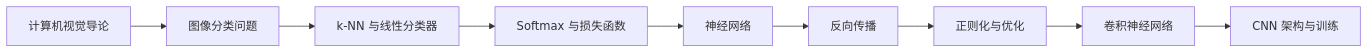
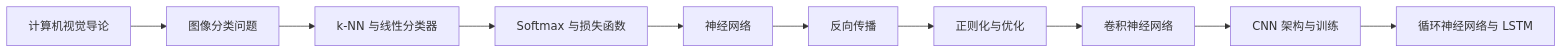
Before and after one commit to schnitzlermandy85-beep/cs231n-notes: the diagram in README.md, drawn with Mermaid. The commit also changed other lines of this file and 1 other file, not shown here.

````diff
--- a/README.md
+++ b/README.md
@@ -36,11 +36,12 @@
 ```mermaid
 flowchart LR
     A[计算机视觉导论] --> B[图像分类问题]
     B --> C[k-NN 与线性分类器]
     C --> D[Softmax 与损失函数]
     D --> E[神经网络]
     E --> F[反向传播]
     F --> G[正则化与优化]
     G --> H[卷积神经网络]
     H --> I[CNN 架构与训练]
+    I --> J[循环神经网络与 LSTM]
 ```
````
